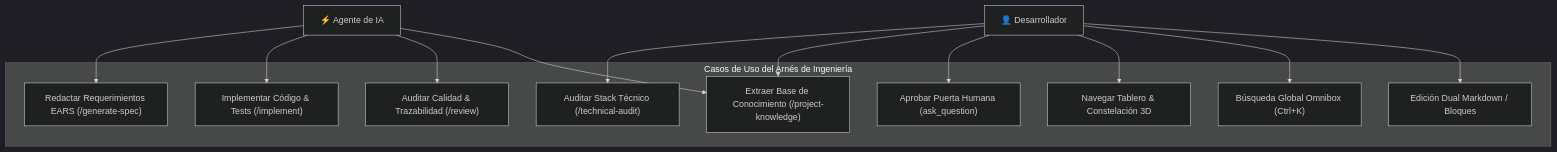
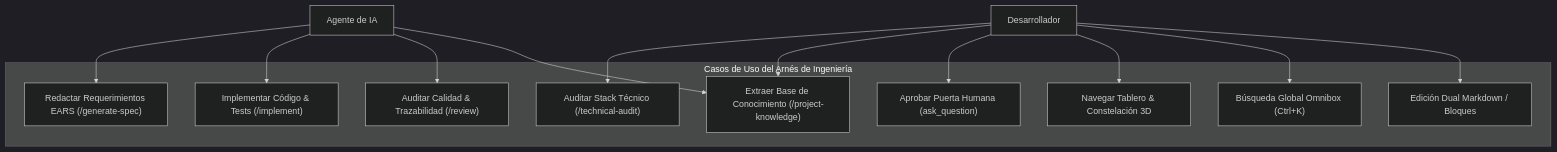
The fourth of 4 diagrams in project-docs/knowledge/uml-diagrams.md (Nayid4/ContextForge), drawn with Mermaid (dark theme) before and after one commit. The commit also changed other lines of this file and 32 other files, not shown here.

````diff
--- a/project-docs/knowledge/uml-diagrams.md
+++ b/project-docs/knowledge/uml-diagrams.md
@@ -145,29 +145,29 @@
 ```mermaid
 flowchart TD
-  actorDev["👤 Desarrollador"]
-  actorAgent["⚡ Agente de IA"]
+  actorDev["Desarrollador"]
+  actorAgent["Agente de IA"]
 
   subgraph UseCases["Casos de Uso del Arnés de Ingeniería"]
     ucAudit["Auditar Stack Técnico (/technical-audit)"]
     ucKnowledge["Extraer Base de Conocimiento (/project-knowledge)"]
     ucSpec["Redactar Requerimientos EARS (/generate-spec)"]
     ucHumanGate["Aprobar Puerta Humana (ask_question)"]
     ucImplement["Implementar Código & Tests (/implement)"]
     ucReview["Auditar Calidad & Trazabilidad (/review)"]
     ucViewDash["Navegar Tablero & Constelación 3D"]
     ucOmnibox["Búsqueda Global Omnibox (Ctrl+K)"]
     ucEditDual["Edición Dual Markdown / Bloques"]
   end
 
   actorDev --> ucAudit
   actorDev --> ucKnowledge
   actorDev --> ucHumanGate
   actorDev --> ucViewDash
   actorDev --> ucOmnibox
   actorDev --> ucEditDual
 
   actorAgent --> ucSpec
   actorAgent --> ucImplement
   actorAgent --> ucReview
   actorAgent --> ucKnowledge
 ```
````
